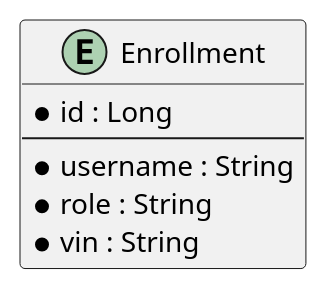
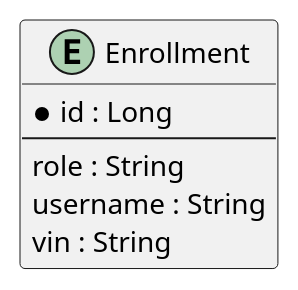
Before and after one commit to Dinesh-s95/AutoDoc.ai: the fourth of 4 diagrams in enrollment/documentation/detaileddesign.adoc, drawn with PlantUML. The commit also changed other lines of this file and 3 other files, not shown here.

```diff
--- a/enrollment/documentation/detaileddesign.adoc
+++ b/enrollment/documentation/detaileddesign.adoc
@@ -231,12 +243,13 @@
 [plantuml, entity-relationship-diagram, png]
 ----
 @startuml
 entity "Enrollment" {
     *id : Long
-    --
-    *username : String
-    *role : String
-    *vin : String
+    ---
+    role : String
+    username : String
+    vin : String
 }
+
 @enduml
 ----
```
